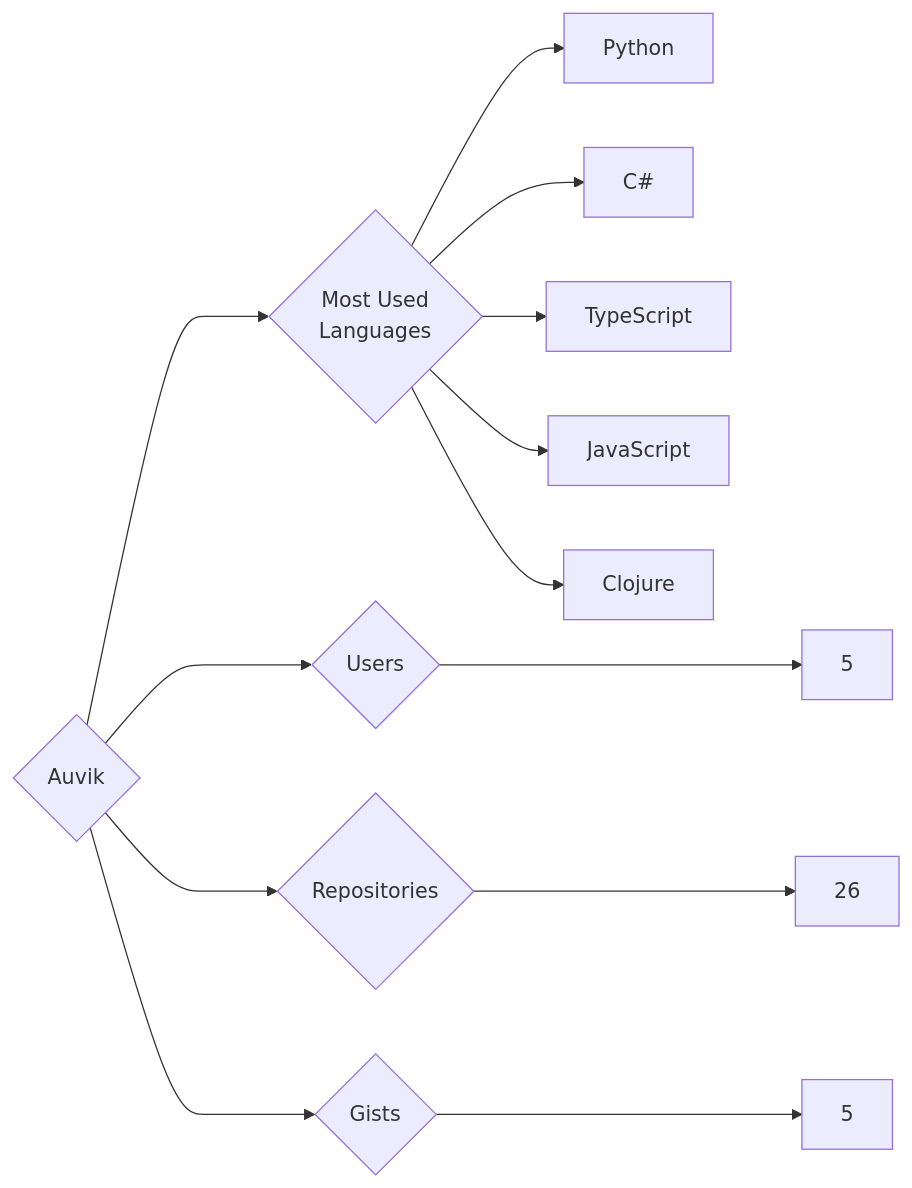
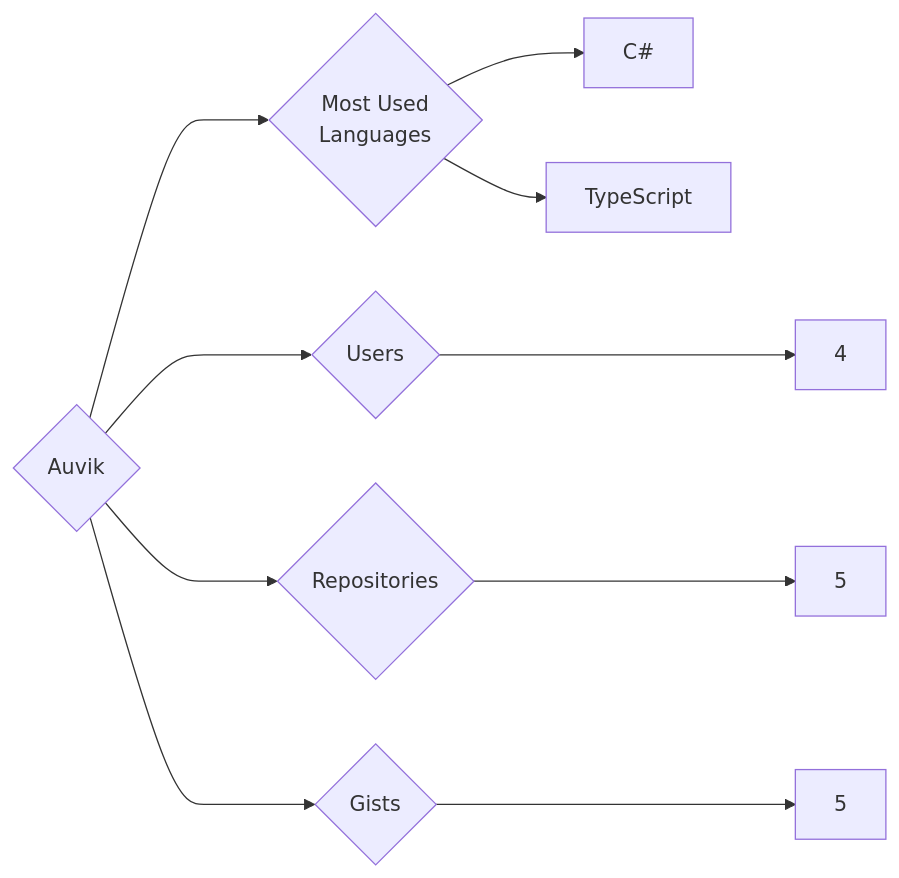
Before and after one commit to trickest/insiders: the diagram in targets/Auvik/README.md, drawn with Mermaid. The commit also changed 1088 other files, not shown here.

````diff
--- a/targets/Auvik/README.md
+++ b/targets/Auvik/README.md
@@ -3,13 +3,10 @@
 ```mermaid
 graph LR
 COMPANY_NAME{Auvik}
-COMPANY_NAME ---> U{Users} ---> UN[5]
-COMPANY_NAME ---> R{Repositories} ---> RN[26]
+COMPANY_NAME ---> U{Users} ---> UN[4]
+COMPANY_NAME ---> R{Repositories} ---> RN[5]
 COMPANY_NAME ---> G{Gists} ---> GN[5]
 COMPANY_NAME ---> ML{Most Used<br>Languages}
-ML --> Python[Python]
 ML --> C#[C#]
 ML --> TypeScript[TypeScript]
-ML --> JavaScript[JavaScript]
-ML --> Clojure[Clojure]
 ```
````
